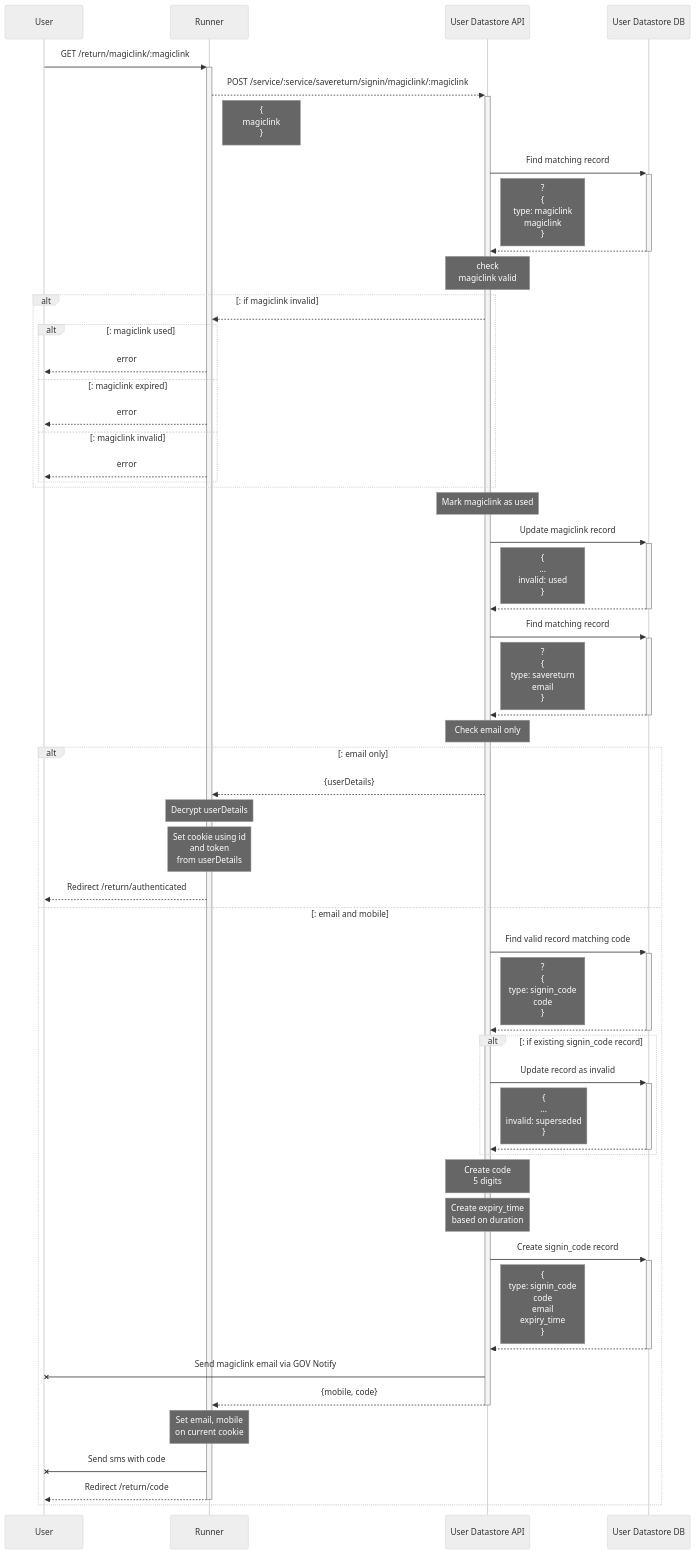
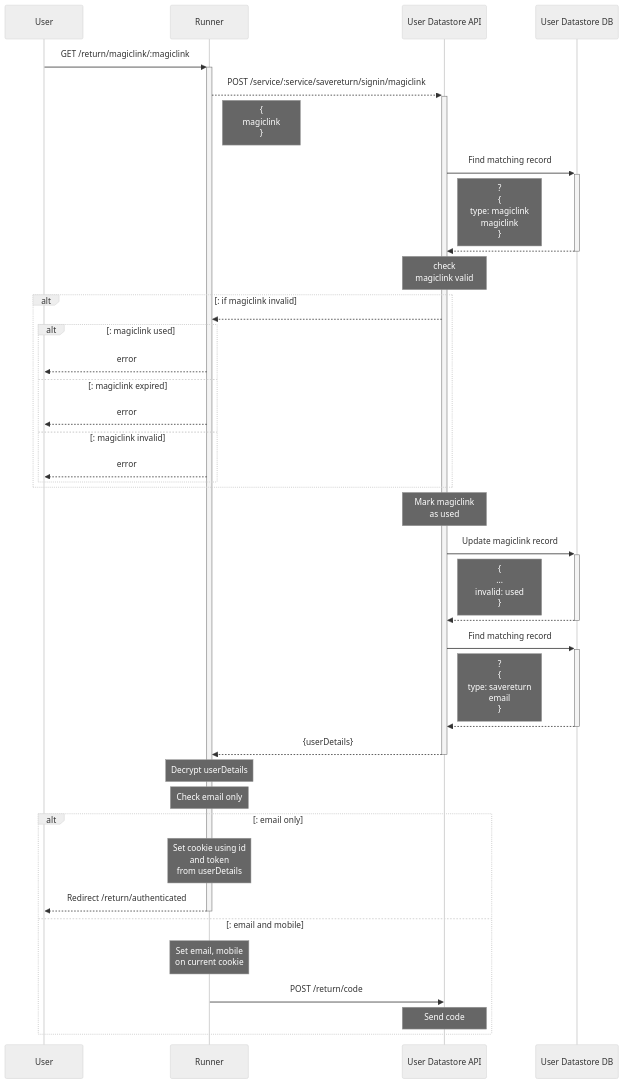
One commit to ministryofjustice/form-builder changed the diagram in documentation/running/save-and-return/files/return--signin--magiclink.mmd. Above: the diagram before and after it, drawn with Mermaid (neutral theme). The commit also changed 29 other files, not shown here.

```diff
--- a/documentation/running/save-and-return/files/return--signin--magiclink.mmd
+++ b/documentation/running/save-and-return/files/return--signin--magiclink.mmd
@@ -1,110 +1,79 @@
 sequenceDiagram
 
 participant U as User
 
 participant R as Runner
 
 participant DS as User Datastore API
 
 participant DB as User Datastore DB
 
 U->>+R: GET /return/magiclink/:magiclink
 
-R-->>+DS: POST /service/:service/savereturn/signin/magiclink/:magiclink
+R-->>+DS: POST /service/:service/savereturn/signin/magiclink
 
 Note right of R: {<br>magiclink<br>}
 
 DS->>+DB: Find matching record
 
 Note right of DS: ?<br>{<br>type: magiclink<br>magiclink<br>}
 
 DB-->>-DS: 
 
 Note over DS: check <br>magiclink valid
 
 alt: if magiclink invalid
 
   DS-->>R:  
 
   alt: magiclink used
 
     R-->>U: error
 
   else: magiclink expired
 
     R-->>U: error
 
   else: magiclink invalid
 
     R-->>U: error
 
   end
 
 end
 
-  Note over DS: Mark magiclink as used
+  Note over DS: Mark magiclink <br>as used
 
   DS->>+DB: Update magiclink record 
 
   Note right of DS: {<br>...<br>invalid: used<br>}
 
   DB-->>-DS: 
 
 DS->>+DB: Find matching record
 
 Note right of DS: ?<br>{<br>type: savereturn<br>email<br>}
 
 DB-->>-DS: 
 
-Note over DS: Check email only
+DS-->>-R:   {userDetails}
+
+Note over R: Decrypt userDetails
+
+Note over R: Check email only
 
 alt: email only
 
-DS-->>R:   {userDetails}
-
-Note over R: Decrypt userDetails
-
 Note over R: Set cookie using id <br>and token <br>from userDetails
 
-R-->>U:  Redirect /return/authenticated
+R-->>-U:  Redirect /return/authenticated
 
 else: email and mobile
 
-DS->>+DB: Find valid record matching code 
+Note over R: Set email, mobile<br>on current cookie
 
-Note right of DS: ?<br>{<br>type: signin_code<br>code<br>}
+R->>DS: POST /return/code
 
-DB-->>-DS: 
-
-alt: if existing signin_code record
-
-DS->>+DB: Update record as invalid 
-
-Note right of DS: {<br>...<br>invalid: superseded<br>}
-
-DB-->>-DS: 
+Note over DS: Send code
 
 end
-
-Note over DS: Create  code<br>5 digits
-
-Note over DS: Create expiry_time<br>based on duration
-
-DS->>+DB: Create signin_code record
-
-Note right of DS: { <br>type: signin_code<br>code<br>email<br>expiry_time<br> }
-
-DB-->>-DS: 
-
-DS-XU: Send magiclink email via GOV Notify 
-
-
-DS-->>-R:   {mobile, code}
-
-Note over R: Set email, mobile<br>on current cookie
-
-R-XU: Send sms with code
-
-R-->>-U: Redirect /return/code
-
-end
```
